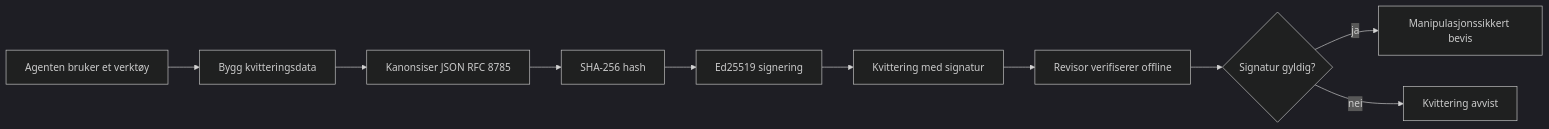
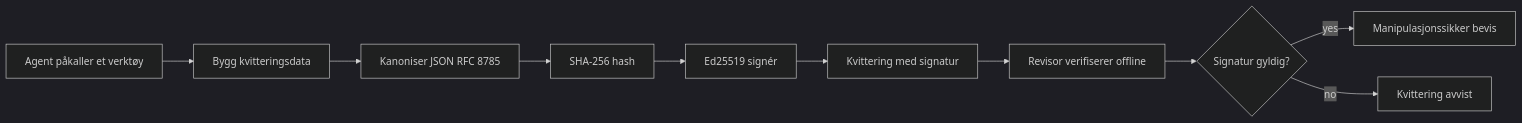
Before and after one commit to gabrielmoreira/agent-skills-mirror: the first of 2 diagrams in mirrors/repos/microsoft@ai-agents-for-beginners/translations/no/18-securing-ai-agents/README.md, drawn with Mermaid (dark theme). The commit also changed other lines of this file and 8886 other files, not shown here.

````diff
--- a/mirrors/repos/microsoft@ai-agents-for-beginners/translations/no/18-securing-ai-agents/README.md
+++ b/mirrors/repos/microsoft@ai-agents-for-beginners/translations/no/18-securing-ai-agents/README.md
@@ -51,12 +51,12 @@
 ```mermaid
 flowchart LR
-    A[Agenten bruker et verktøy] --> B[Bygg kvitteringsdata]
-    B --> C[Kanonsiser JSON RFC 8785]
+    A[Agent påkaller et verktøy] --> B[Bygg kvitteringsdata]
+    B --> C[Kanoniser JSON RFC 8785]
     C --> D[SHA-256 hash]
-    D --> E[Ed25519 signering]
+    D --> E[Ed25519 signér]
     E --> F[Kvittering med signatur]
     F --> G[Revisor verifiserer offline]
     G --> H{Signatur gyldig?}
-    H -- ja --> I[Manipulasjonssikkert bevis]
-    H -- nei --> J[Kvittering avvist]
+    H -- yes --> I[Manipulasjonssikker bevis]
+    H -- no --> J[Kvittering avvist]
 ```
````
